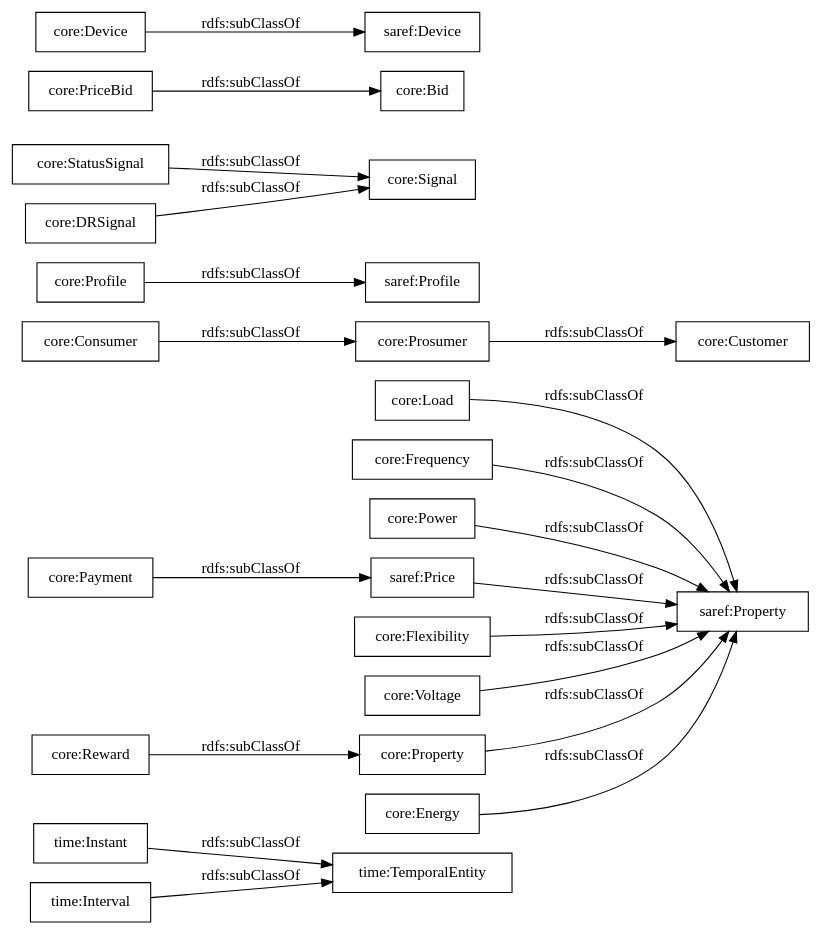
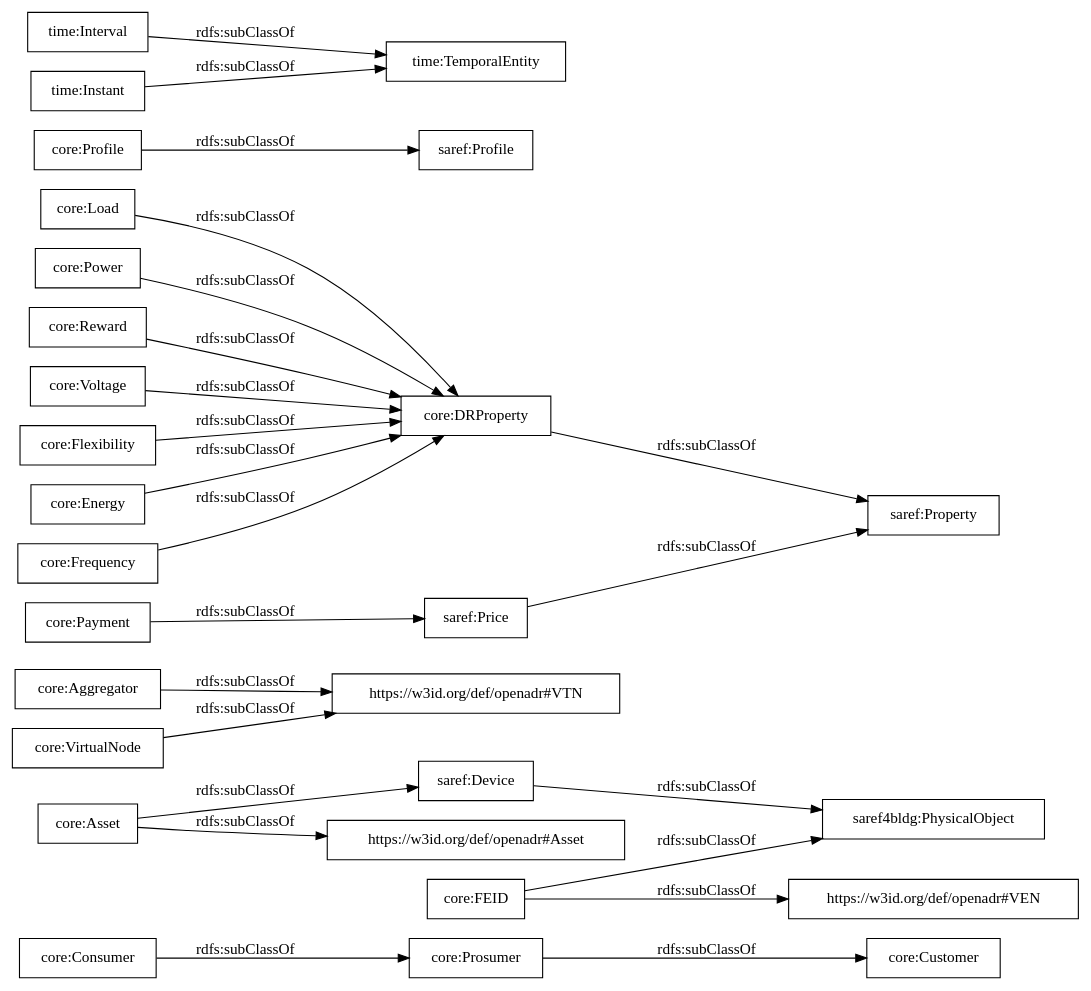
Before and after one commit to oeg-upm/delta-ontology: the diagram in OnToology/ontology/delta.ttl/diagrams/ar2dtool-taxonomy/delta.ttl.png.dot, drawn with Graphviz. The commit also changed 12 other files, not shown here.

```diff
--- a/OnToology/ontology/delta.ttl/diagrams/ar2dtool-taxonomy/delta.ttl.png.dot
+++ b/OnToology/ontology/delta.ttl/diagrams/ar2dtool-taxonomy/delta.ttl.png.dot
@@ -1,25 +1,28 @@
 digraph ar2dtool_diagram { 
 rankdir=LR;
 size="1000"
-node [shape = rectangle, color="black"]; "time:Instant" "core:Load" "core:Frequency" "core:Customer" "core:Power" "saref:Profile" "core:StatusSignal" "core:Bid" "saref:Device" "core:Consumer" "core:Prosumer" "core:PriceBid" "core:Reward" "core:Signal" "time:Interval" "time:TemporalEntity" "saref:Price" "core:DRSignal" "core:Flexibility" "core:Voltage" "saref:Property" "core:Profile" "core:Property" "core:Energy" "core:Payment" "core:Device" ; /*classes style*/
-	"core:Flexibility" -> "saref:Property" [ label = "rdfs:subClassOf" ];
+node [shape = rectangle, color="black"]; "core:Customer" "saref4bldg:PhysicalObject" "core:Aggregator" "core:Asset" "saref:Property" "core:Consumer" "core:Load" "core:Payment" "saref:Device" "core:Profile" "core:Power" "core:Reward" "core:Prosumer" "time:Interval" "core:Voltage" "core:Flexibility" "core:DRProperty" "time:TemporalEntity" "saref:Price" "saref:Profile" "core:Energy" "core:VirtualNode" "core:Frequency" "time:Instant" "core:FEID" ; /*classes style*/
 	"saref:Price" -> "saref:Property" [ label = "rdfs:subClassOf" ];
+	"core:Flexibility" -> "core:DRProperty" [ label = "rdfs:subClassOf" ];
 	"core:Payment" -> "saref:Price" [ label = "rdfs:subClassOf" ];
-	"core:Voltage" -> "saref:Property" [ label = "rdfs:subClassOf" ];
+	"core:VirtualNode" -> "https://w3id.org/def/openadr#VTN" [ label = "rdfs:subClassOf" ];
+	"core:Voltage" -> "core:DRProperty" [ label = "rdfs:subClassOf" ];
+	"core:Aggregator" -> "https://w3id.org/def/openadr#VTN" [ label = "rdfs:subClassOf" ];
+	"core:DRProperty" -> "saref:Property" [ label = "rdfs:subClassOf" ];
+	"core:FEID" -> "saref4bldg:PhysicalObject" [ label = "rdfs:subClassOf" ];
+	"core:FEID" -> "https://w3id.org/def/openadr#VEN" [ label = "rdfs:subClassOf" ];
 	"time:Interval" -> "time:TemporalEntity" [ label = "rdfs:subClassOf" ];
-	"core:Energy" -> "saref:Property" [ label = "rdfs:subClassOf" ];
-	"core:Power" -> "saref:Property" [ label = "rdfs:subClassOf" ];
-	"core:Frequency" -> "saref:Property" [ label = "rdfs:subClassOf" ];
+	"core:Energy" -> "core:DRProperty" [ label = "rdfs:subClassOf" ];
+	"core:Power" -> "core:DRProperty" [ label = "rdfs:subClassOf" ];
+	"core:Asset" -> "saref:Device" [ label = "rdfs:subClassOf" ];
+	"core:Asset" -> "https://w3id.org/def/openadr#Asset" [ label = "rdfs:subClassOf" ];
+	"core:Frequency" -> "core:DRProperty" [ label = "rdfs:subClassOf" ];
 	"core:Prosumer" -> "core:Customer" [ label = "rdfs:subClassOf" ];
-	"core:Device" -> "saref:Device" [ label = "rdfs:subClassOf" ];
-	"core:Property" -> "saref:Property" [ label = "rdfs:subClassOf" ];
-	"core:DRSignal" -> "core:Signal" [ label = "rdfs:subClassOf" ];
+	"time:Instant" -> "time:TemporalEntity" [ label = "rdfs:subClassOf" ];
 	"core:Profile" -> "saref:Profile" [ label = "rdfs:subClassOf" ];
-	"time:Instant" -> "time:TemporalEntity" [ label = "rdfs:subClassOf" ];
-	"core:PriceBid" -> "core:Bid" [ label = "rdfs:subClassOf" ];
-	"core:StatusSignal" -> "core:Signal" [ label = "rdfs:subClassOf" ];
 	"core:Consumer" -> "core:Prosumer" [ label = "rdfs:subClassOf" ];
-	"core:Reward" -> "core:Property" [ label = "rdfs:subClassOf" ];
-	"core:Load" -> "saref:Property" [ label = "rdfs:subClassOf" ];
+	"core:Reward" -> "core:DRProperty" [ label = "rdfs:subClassOf" ];
+	"core:Load" -> "core:DRProperty" [ label = "rdfs:subClassOf" ];
+	"saref:Device" -> "saref4bldg:PhysicalObject" [ label = "rdfs:subClassOf" ];
 
 }
```
